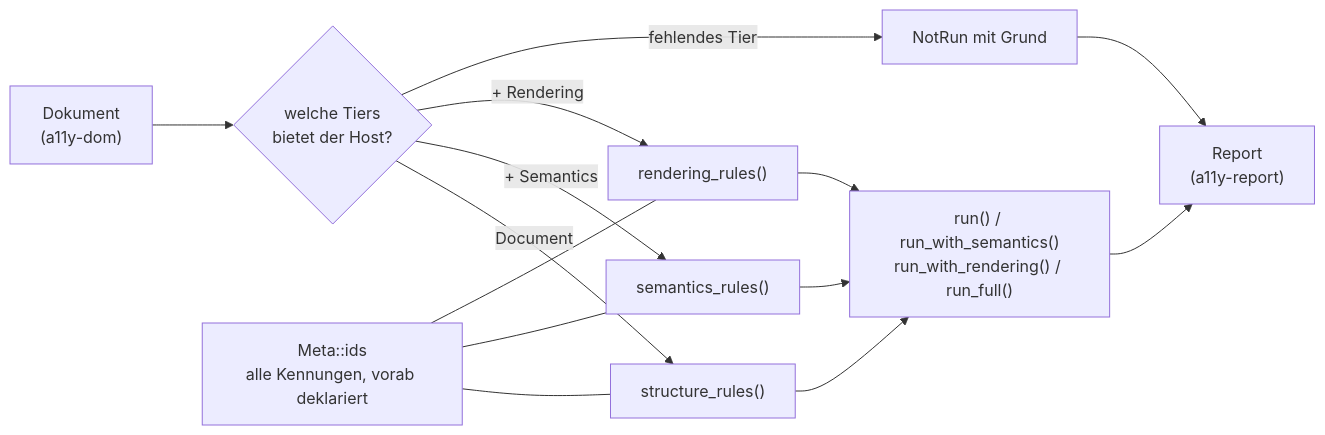
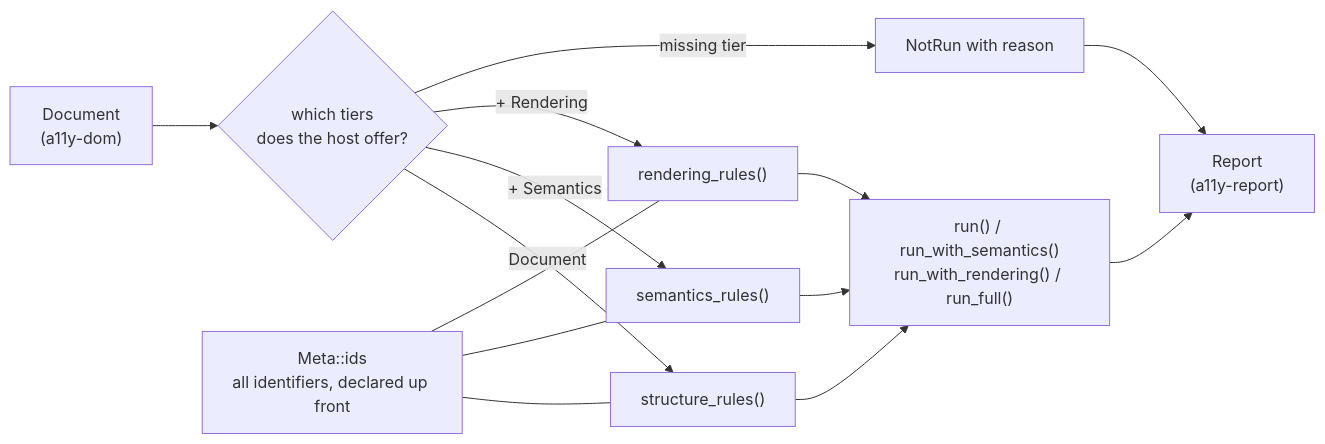
The diagram in docs/packages/a11y-rules.md (casoon/barrierlab), drawn with Mermaid before and after one commit. The commit also changed other lines of this file and 25 other files, not shown here.

````diff
--- a/docs/packages/a11y-rules.md
+++ b/docs/packages/a11y-rules.md
@@ -21,12 +21,12 @@
 ```mermaid
 flowchart LR
-  doc["Dokument\n(a11y-dom)"] --> sel{"welche Tiers\nbietet der Host?"}
+  doc["Document\n(a11y-dom)"] --> sel{"which tiers\ndoes the host offer?"}
   sel -->|Document| t1["structure_rules()"]
   sel -->|+ Semantics| t2["semantics_rules()"]
   sel -->|+ Rendering| t3["rendering_rules()"]
   t1 & t2 & t3 --> run["run() / run_with_semantics()\nrun_with_rendering() / run_full()"]
   run --> rep["Report\n(a11y-report)"]
-  meta["Meta::ids\nalle Kennungen, vorab deklariert"] --- t1 & t2 & t3
-  sel -->|fehlendes Tier| nr["NotRun mit Grund"]
+  meta["Meta::ids\nall identifiers, declared up front"] --- t1 & t2 & t3
+  sel -->|missing tier| nr["NotRun with reason"]
   nr --> rep
 ```
````
